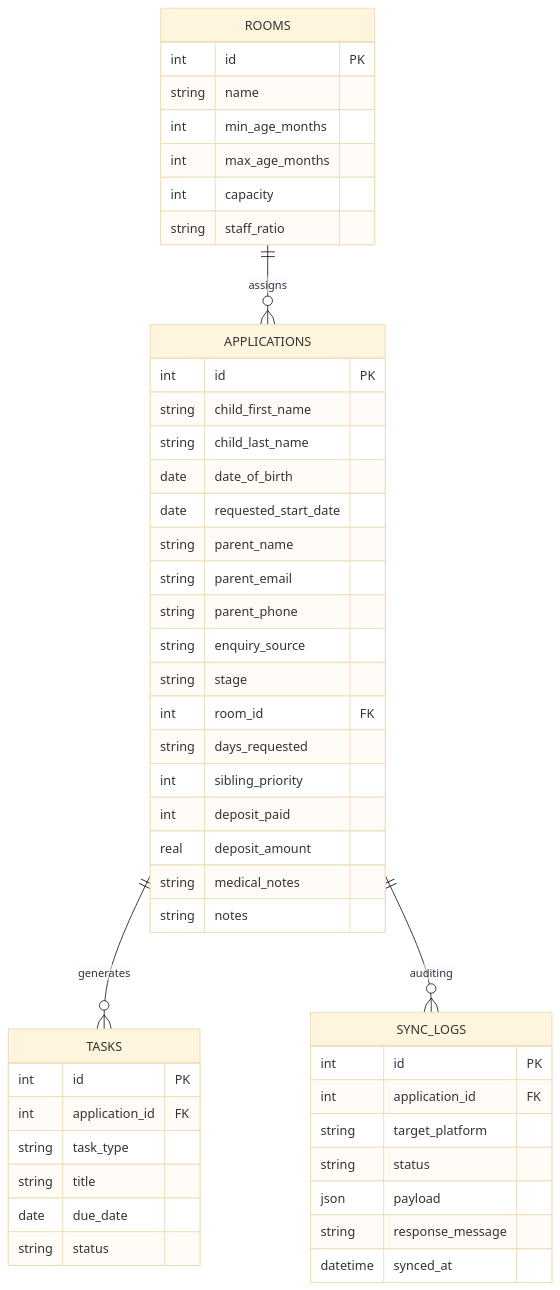
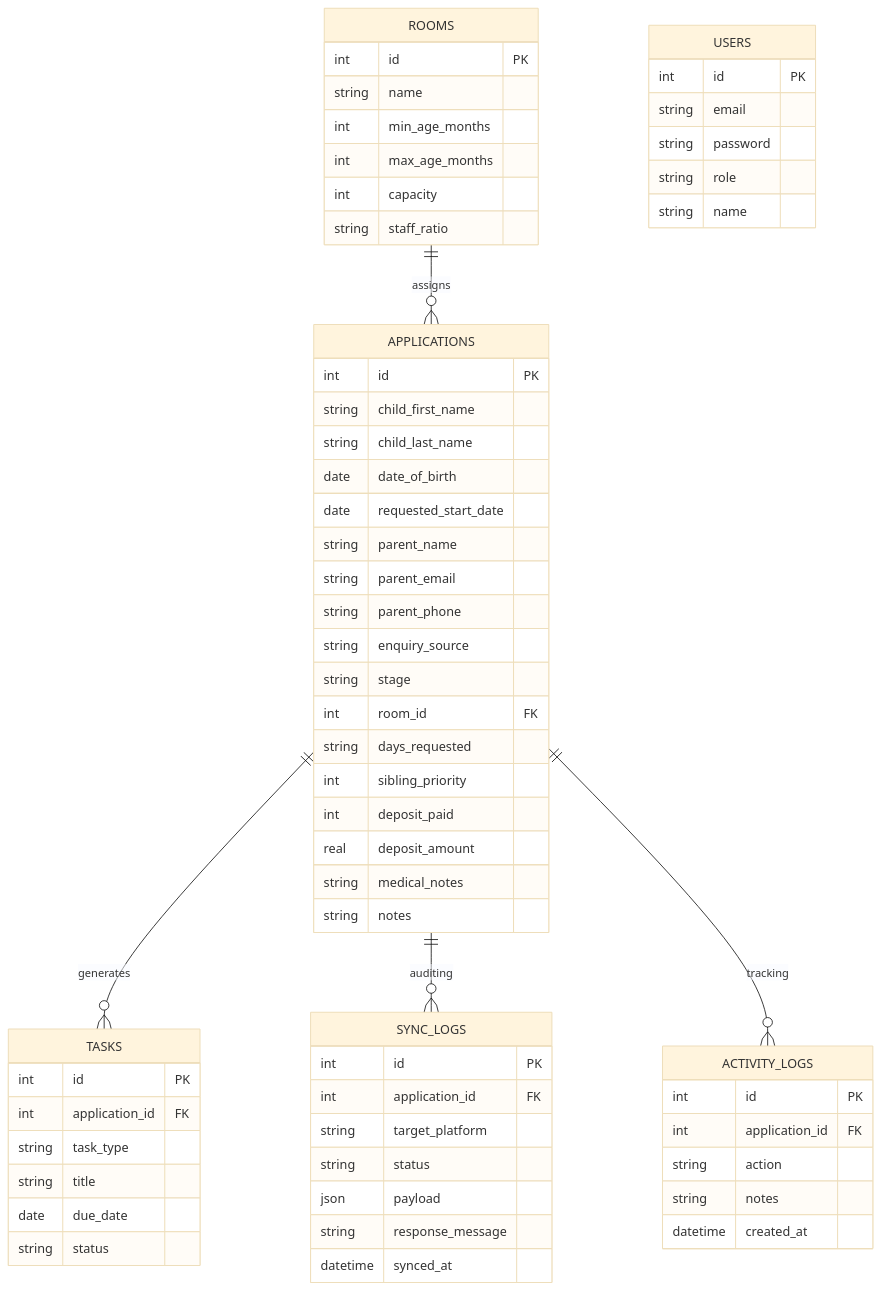
One commit to praveenjoshi01/OnePath changed the third of 3 diagrams in ARCHITECTURE.md. Above: the diagram before and after it, drawn with Mermaid (base theme). The commit also changed other lines of this file and 16 other files, not shown here.

Commit message:
feat: remove default credentials panel and add git-ignored credentials.md (updated README.md and ARCHITECTURE.md)

````diff
--- a/ARCHITECTURE.md
+++ b/ARCHITECTURE.md
@@ -84,54 +84,71 @@
 ```mermaid
 erDiagram
     ROOMS ||--o{ APPLICATIONS : assigns
     APPLICATIONS ||--o{ TASKS : generates
     APPLICATIONS ||--o{ SYNC_LOGS : auditing
+    APPLICATIONS ||--o{ ACTIVITY_LOGS : tracking
 
     ROOMS {
         int id PK
         string name
         int min_age_months
         int max_age_months
         int capacity
         string staff_ratio
     }
 
     APPLICATIONS {
         int id PK
         string child_first_name
         string child_last_name
         date date_of_birth
         date requested_start_date
         string parent_name
         string parent_email
         string parent_phone
         string enquiry_source
         string stage
         int room_id FK
         string days_requested
         int sibling_priority
         int deposit_paid
         real deposit_amount
         string medical_notes
         string notes
     }
 
     TASKS {
         int id PK
         int application_id FK
         string task_type
         string title
         date due_date
         string status
     }
 
     SYNC_LOGS {
         int id PK
         int application_id FK
         string target_platform
         string status
         json payload
         string response_message
         datetime synced_at
     }
+
+    USERS {
+        int id PK
+        string email
+        string password
+        string role
+        string name
+    }
+
+    ACTIVITY_LOGS {
+        int id PK
+        int application_id FK
+        string action
+        string notes
+        datetime created_at
+    }
 ```
````
